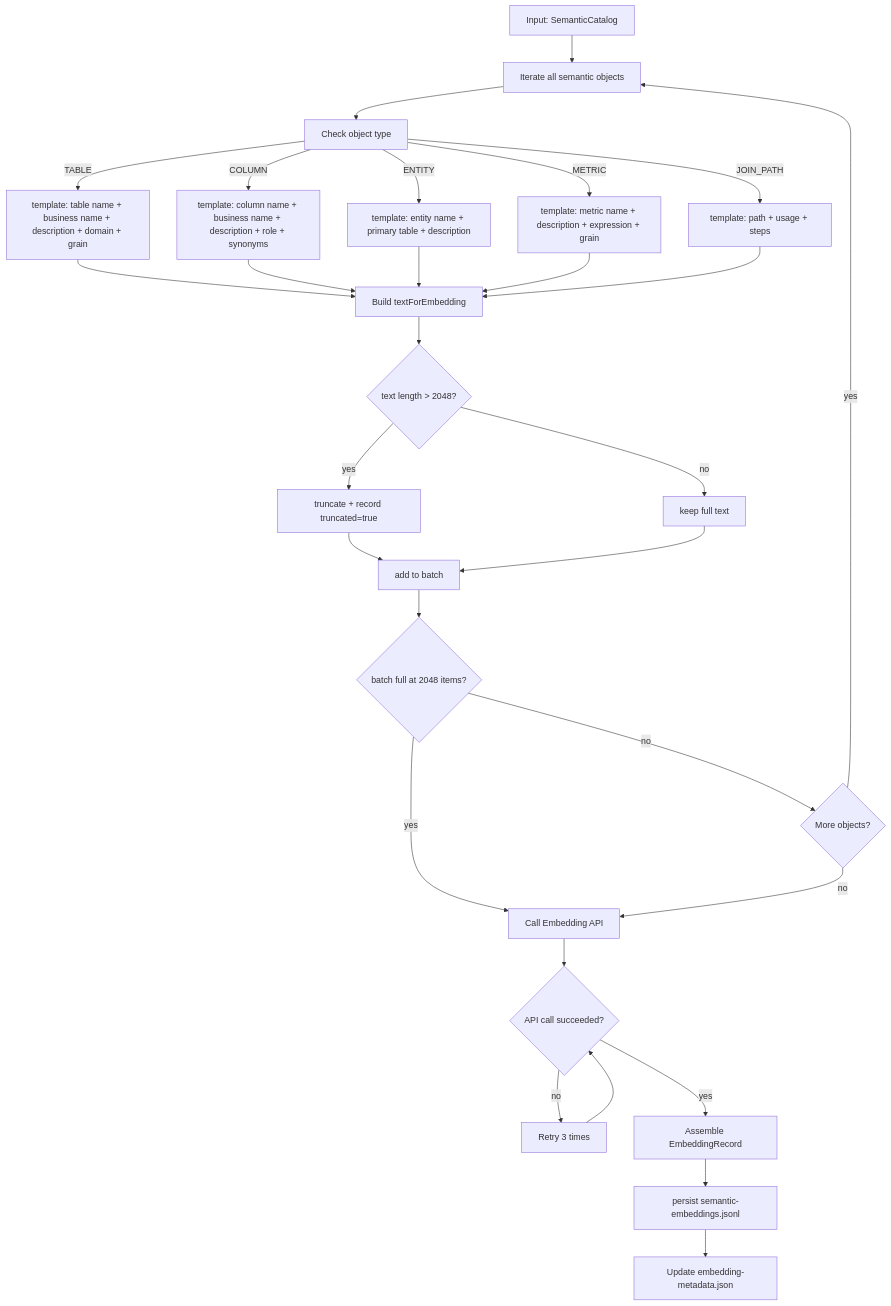
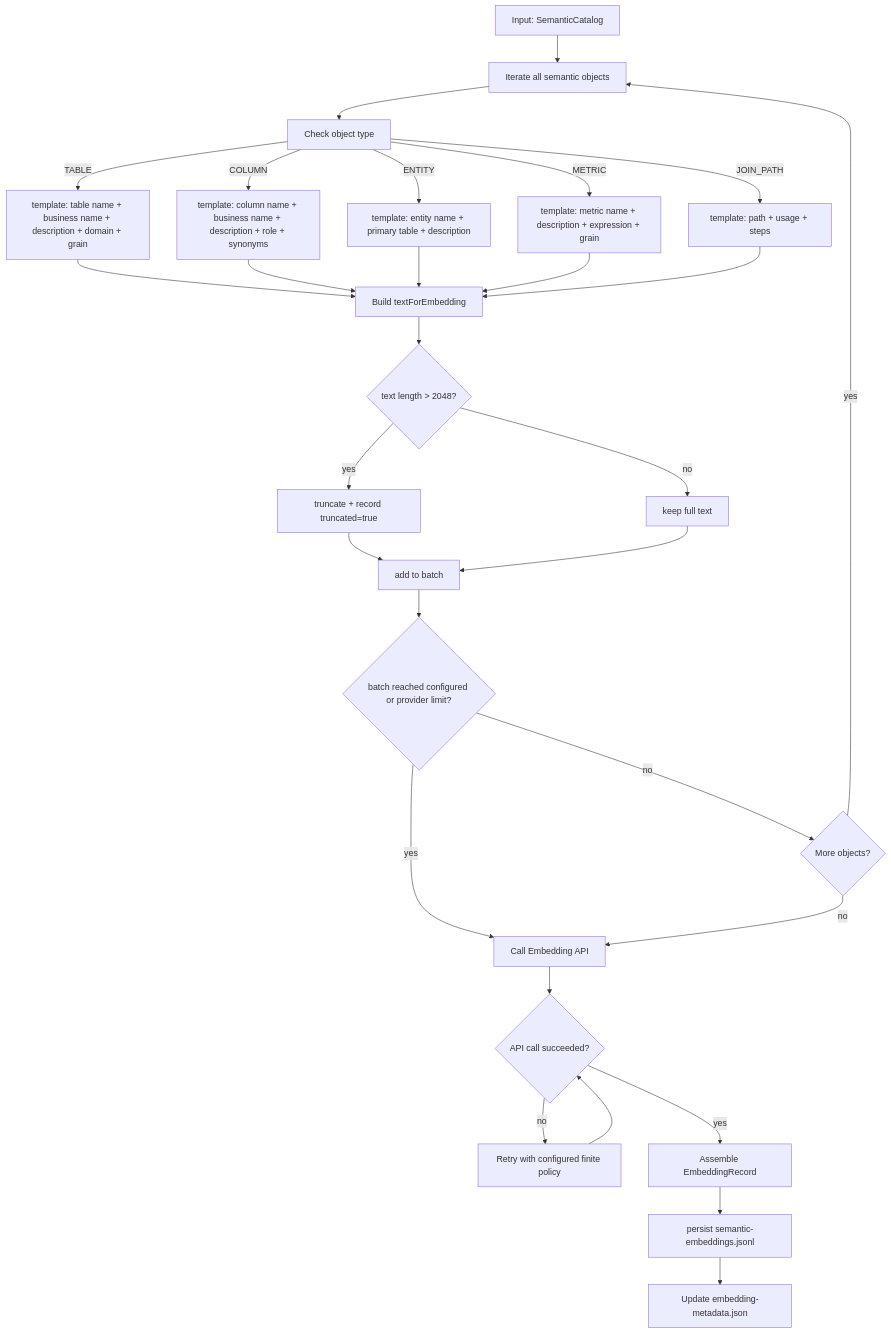
One commit to xiaoguang/relation-detector changed the second of 4 diagrams in docs/design/semantic-layer/06-embedding-indexer.md. Above: the diagram before and after it, drawn with Mermaid. The commit also changed other lines of this file and 21 other files, not shown here.

````diff
--- a/docs/design/semantic-layer/06-embedding-indexer.md
+++ b/docs/design/semantic-layer/06-embedding-indexer.md
@@ -96,31 +96,31 @@
 ```mermaid
 flowchart TD
     A[Input: SemanticCatalog] --> B[Iterate all semantic objects]
     B --> C[Check object type]
     C -- TABLE --> D1[template: table name + business name + description + domain + grain]
     C -- COLUMN --> D2[template: column name + business name + description + role + synonyms]
     C -- ENTITY --> D3[template: entity name + primary table + description]
     C -- METRIC --> D4[template: metric name + description + expression + grain]
     C -- JOIN_PATH --> D5[template: path + usage + steps]
     D1 --> E[Build textForEmbedding]
     D2 --> E
     D3 --> E
     D4 --> E
     D5 --> E
     E --> F{text length > 2048?}
     F -- yes --> G[truncate + record truncated=true]
     F -- no --> H[keep full text]
     G --> I[add to batch]
     H --> I
-    I --> J{batch full at 2048 items?}
+    I --> J{batch reached configured or provider limit?}
     J -- yes --> K[Call Embedding API]
     J -- no --> L{More objects?}
     L -- yes --> B
     L -- no --> K
     K --> M{API call succeeded?}
-    M -- no --> N[Retry 3 times]
+    M -- no --> N[Retry with configured finite policy]
     N --> M
     M -- yes --> O[Assemble EmbeddingRecord]
     O --> P[persist semantic-embeddings.jsonl]
     P --> Q[Update embedding-metadata.json]
 ```
````
